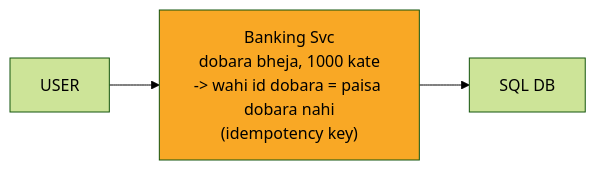
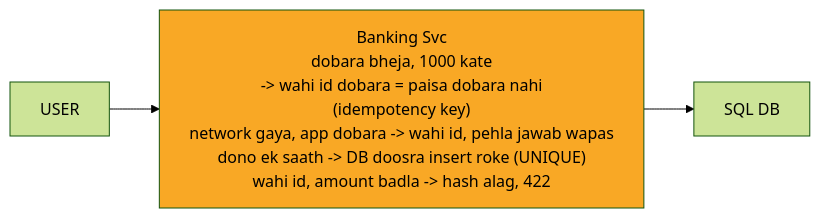
Before and after one commit to ArpanMaheshwari144/Prep: the third of 13 diagrams in 04_HLD/SYSTEM_DESIGNS/13_banking_system/13_banking_system.md, drawn with Mermaid (forest theme). The commit also changed other lines of this file and 12 other files, not shown here.

Commit message:
hld 02-14: peele dabbe me SAFAR ke mod + diagram chauda (wrappingWidth 450)

````diff
--- a/04_HLD/SYSTEM_DESIGNS/13_banking_system/13_banking_system.md
+++ b/04_HLD/SYSTEM_DESIGNS/13_banking_system/13_banking_system.md
@@ -117,9 +119,10 @@
 ```mermaid
+%%{init: {"flowchart": {"wrappingWidth": 450}}}%%
 flowchart LR
     n_USER["USER"]
-    n_SVC["Banking Svc<br/>dobara bheja, 1000 kate<br/>-> wahi id dobara = paisa dobara nahi<br/>(idempotency key)"]
+    n_SVC["Banking Svc<br/>dobara bheja, 1000 kate<br/>-> wahi id dobara = paisa dobara nahi<br/>(idempotency key)<br/>network gaya, app dobara -> wahi id, pehla jawab wapas<br/>dono ek saath -> DB doosra insert roke (UNIQUE)<br/>wahi id, amount badla -> hash alag, 422"]
     n_DB["SQL DB"]
     n_USER --> n_SVC
     n_SVC --> n_DB
     style n_SVC fill:#f9a825,color:#000
 ```
````
